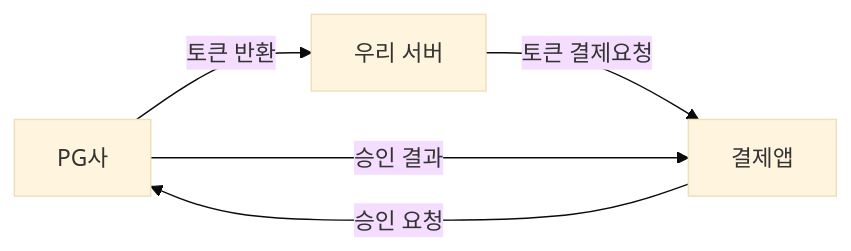
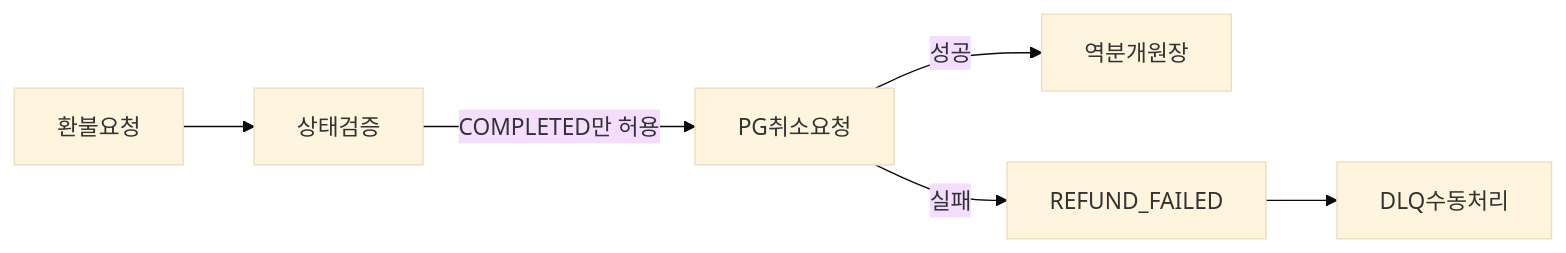
Before and after one commit to yjkim2015/yjkim2015.github.io: the fourth of 4 diagrams in _posts/systemdesign/2026-05-03-system-design-payment.md, drawn with Mermaid (base theme). The commit also changed other lines of this file and 4 other files, not shown here.

````diff
--- a/_posts/systemdesign/2026-05-03-system-design-payment.md
+++ b/_posts/systemdesign/2026-05-03-system-design-payment.md
@@ -776,7 +1276,8 @@
 ```mermaid
 graph LR
-    A[PG사] -->|토큰 반환| B[우리 서버]
-    B -->|토큰 결제요청| C[결제앱]
-    C -->|승인 요청| A
-    A -->|승인 결과| C
+    A[환불요청] --> B[상태검증]
+    B -->|COMPLETED만 허용| C[PG취소요청]
+    C -->|성공| D[역분개원장]
+    C -->|실패| E[REFUND_FAILED]
+    E --> F[DLQ수동처리]
 ```
````
